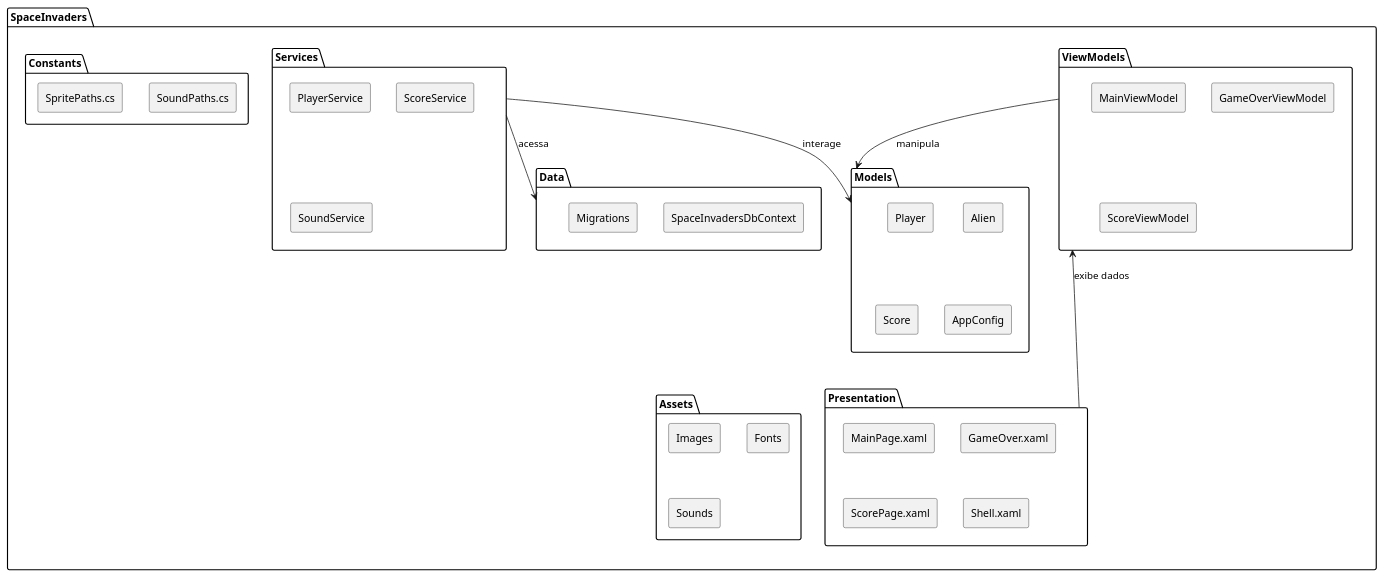
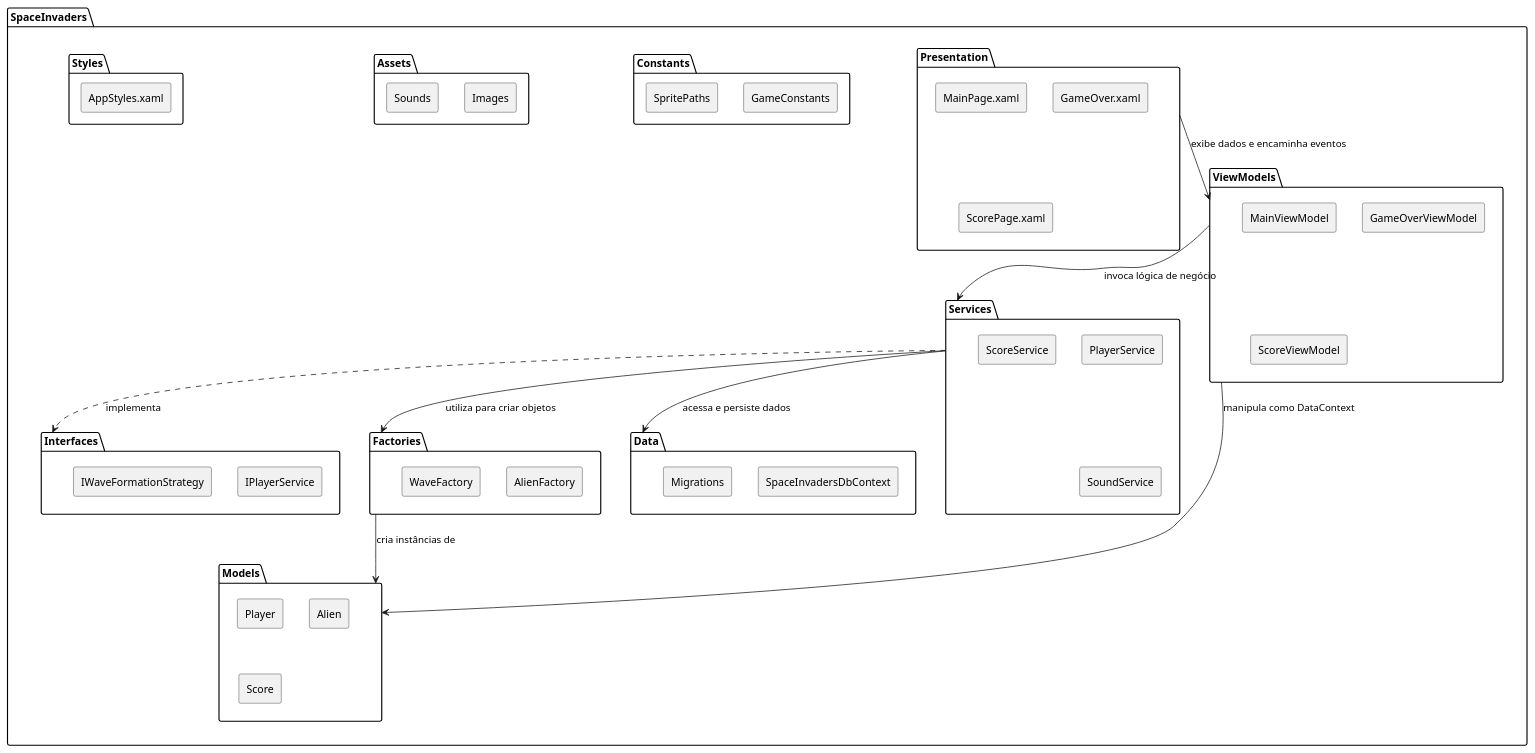
One commit to Opaleiros-Foundation/space-invaders-punk changed the diagram in README.md. Above: the diagram before and after it, drawn with PlantUML. The commit also changed other lines of this file, not shown here.

````diff
--- a/README.md
+++ b/README.md
@@ -54,54 +57,68 @@
 ```plantuml
 @startuml
 skinparam componentStyle rectangle
 
 package "SpaceInvaders" {
-    folder "Models" {
-        [Player]
-        [Alien]
-        [Score]
-        [AppConfig]
+    folder "Presentation" {
+        [MainPage.xaml]
+        [GameOver.xaml]
+        [ScorePage.xaml]
     }
-
+    
     folder "ViewModels" {
         [MainViewModel]
         [GameOverViewModel]
         [ScoreViewModel]
     }
-
+    
     folder "Services" {
         [PlayerService]
         [ScoreService]
         [SoundService]
     }
-
+    
+    folder "Interfaces" {
+        [IPlayerService]
+        [IWaveFormationStrategy]
+    }
+    
+    folder "Factories" {
+        [AlienFactory]
+        [WaveFactory]
+    }
+    
+    folder "Models" {
+        [Player]
+        [Alien]
+        [Score]
+    }
+    
     folder "Data" {
         [SpaceInvadersDbContext]
         [Migrations]
     }
-
-    folder "Presentation" {
-        [MainPage.xaml]
-        [GameOver.xaml]
-        [ScorePage.xaml]
-        [Shell.xaml]
+    
+    folder "Constants" {
+        [GameConstants]
+        [SpritePaths]
     }
-
-    folder "Constants" {
-        [SoundPaths.cs]
-        [SpritePaths.cs]
-    }
-
+    
     folder "Assets" {
         [Images]
-        [Fonts]
         [Sounds]
+    }
+    
+    folder "Styles" {
+        [AppStyles.xaml]
     }
 }
 
-ViewModels --> Models : manipula
-Services --> Models : interage
-Services --> Data : acessa
-Presentation --> ViewModels : exibe dados
+Presentation -down-> ViewModels : exibe dados e encaminha eventos
+ViewModels -down-> Services : invoca lógica de negócio
+Services ..> Interfaces : implementa
+Services -down-> Data : acessa e persiste dados
+Services -down-> Factories : utiliza para criar objetos
+Factories -down-> Models : cria instâncias de
+ViewModels -right-> Models : manipula como DataContext
 @enduml
 ```
````
